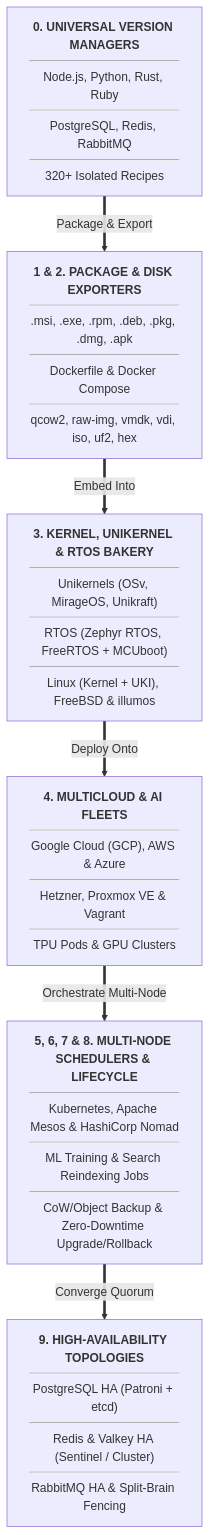
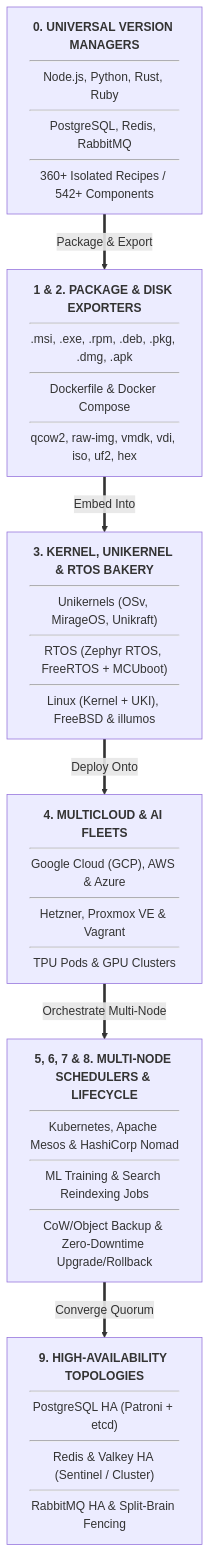
Before and after one commit to SamuelMarks/libscript: the first of 8 diagrams in ARCHITECTURE.md, drawn with Mermaid. The commit also changed other lines of this file and 1618 other files, not shown here.

````diff
--- a/ARCHITECTURE.md
+++ b/ARCHITECTURE.md
@@ -28,20 +32,20 @@
 ```mermaid
 flowchart TD
-    VMS["<b>0. UNIVERSAL VERSION MANAGERS</b><hr/>Node.js, Python, Rust, Ruby<hr/>PostgreSQL, Redis, RabbitMQ<hr/>320+ Isolated Recipes"]
+    VMS["<b>0. UNIVERSAL VERSION MANAGERS</b><hr/>Node.js, Python, Rust, Ruby<hr/>PostgreSQL, Redis, RabbitMQ<hr/>360+ Isolated Recipes / 542+ Components"]
 
     PKG["<b>1 & 2. PACKAGE & DISK EXPORTERS</b><hr/>.msi, .exe, .rpm, .deb, .pkg, .dmg, .apk<hr/>Dockerfile & Docker Compose<hr/>qcow2, raw-img, vmdk, vdi, iso, uf2, hex"]
 
     OS["<b>3. KERNEL, UNIKERNEL & RTOS BAKERY</b><hr/>Unikernels (OSv, MirageOS, Unikraft)<hr/>RTOS (Zephyr RTOS, FreeRTOS + MCUboot)<hr/>Linux (Kernel + UKI), FreeBSD & illumos"]
 
     CLOUD["<b>4. MULTICLOUD & AI FLEETS</b><hr/>Google Cloud (GCP), AWS & Azure<hr/>Hetzner, Proxmox VE & Vagrant<hr/>TPU Pods & GPU Clusters"]
 
     SCHED["<b>5, 6, 7 & 8. MULTI-NODE SCHEDULERS & LIFECYCLE</b><hr/>Kubernetes, Apache Mesos & HashiCorp Nomad<hr/>ML Training & Search Reindexing Jobs<hr/>CoW/Object Backup & Zero-Downtime Upgrade/Rollback"]
 
     HA["<b>9. HIGH-AVAILABILITY TOPOLOGIES</b><hr/>PostgreSQL HA (Patroni + etcd)<hr/>Redis & Valkey HA (Sentinel / Cluster)<hr/>RabbitMQ HA & Split-Brain Fencing"]
 
     VMS ==>|"Package & Export"| PKG
     PKG ==>|"Embed Into"| OS
     OS ==>|"Deploy Onto"| CLOUD
     CLOUD ==>|"Orchestrate Multi-Node"| SCHED
     SCHED ==>|"Converge Quorum"| HA
 ```
````
